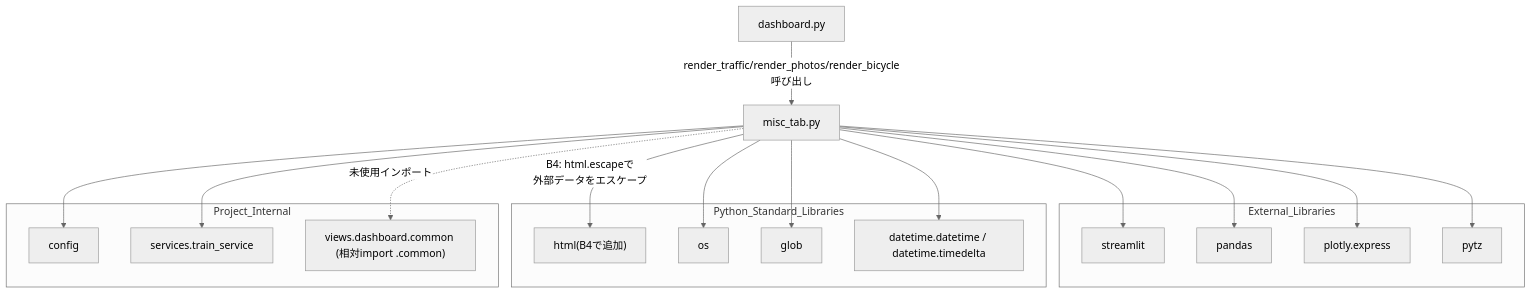
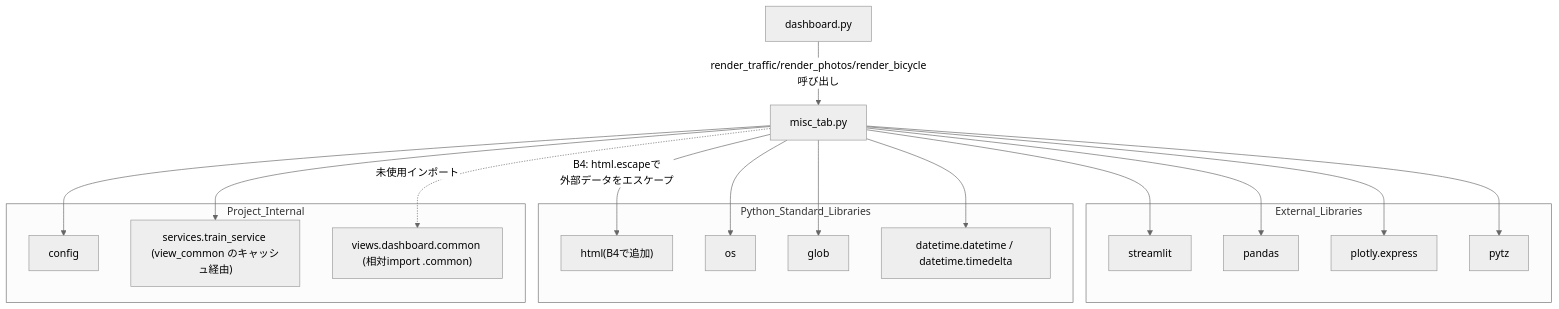
Before and after one commit to mmtigers/my_python_project: the second of 2 diagrams in docs/specifications/MY_HOME_SYSTEM/misc_tab.md, drawn with Mermaid (neutral theme). The commit also changed other lines of this file and 37 other files, not shown here.

````diff
--- a/docs/specifications/MY_HOME_SYSTEM/misc_tab.md
+++ b/docs/specifications/MY_HOME_SYSTEM/misc_tab.md
@@ -208,38 +209,38 @@
 ```mermaid
 graph TD
     MiscTabPy["misc_tab.py"]
 
     subgraph External_Libraries
         Streamlit["streamlit"]
         Pandas["pandas"]
         PlotlyExpress["plotly.express"]
         Pytz["pytz"]
     end
 
     subgraph Python_Standard_Libraries
         Html["html(B4で追加)"]
         OS["os"]
         Glob["glob"]
         DatetimeTimedelta["datetime.datetime / datetime.timedelta"]
     end
 
     subgraph Project_Internal
         Config["config"]
-        TrainService["services.train_service"]
+        TrainService["services.train_service (view_common のキャッシュ経由)"]
         DashboardCommon["views.dashboard.common (相対import .common)"]
     end
 
     MiscTabPy --> Streamlit
     MiscTabPy --> Pandas
     MiscTabPy --> PlotlyExpress
     MiscTabPy --> Pytz
     MiscTabPy -->|B4: html.escapeで<br>外部データをエスケープ| Html
     MiscTabPy --> OS
     MiscTabPy --> Glob
     MiscTabPy --> DatetimeTimedelta
     MiscTabPy --> Config
     MiscTabPy --> TrainService
     MiscTabPy -.->|未使用インポート| DashboardCommon
 
     Dashboard["dashboard.py"] -->|render_traffic/render_photos/render_bicycle呼び出し| MiscTabPy
 ```
````
